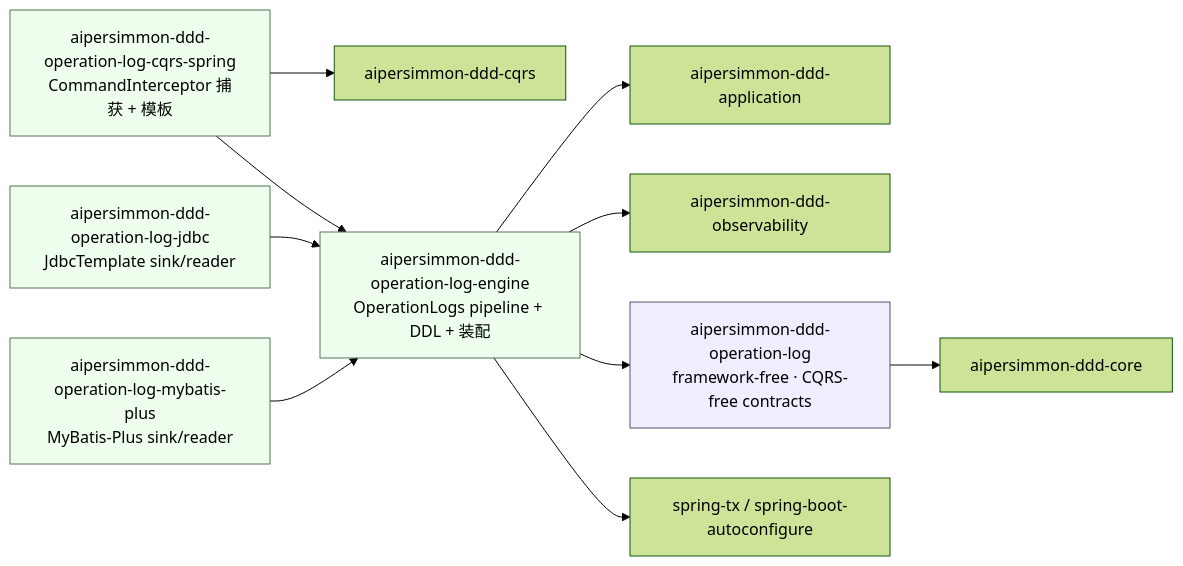
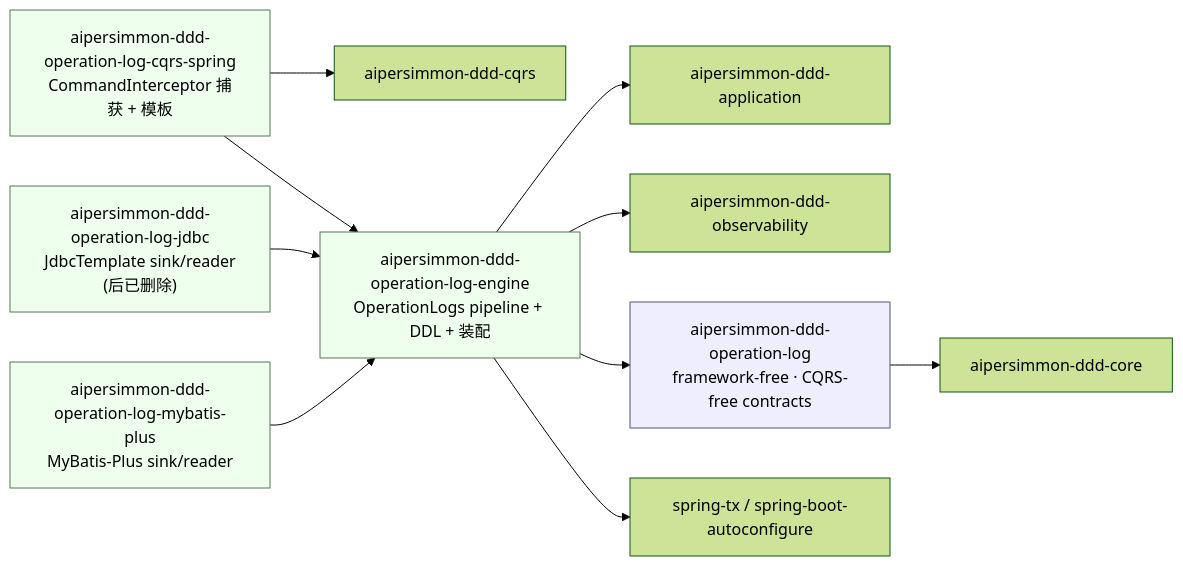
The first of 2 diagrams in docs/design/design-00008-operation-log-component.md (ryan-alexander-zhang/ai-native-project-template), drawn with Mermaid (forest theme) before and after one commit. The commit also changed other lines of this file and 375 other files, not shown here.

````diff
--- a/docs/design/design-00008-operation-log-component.md
+++ b/docs/design/design-00008-operation-log-component.md
@@ -73,34 +73,34 @@
 ```mermaid
 flowchart LR
   core["aipersimmon-ddd-core"]
   cqrs["aipersimmon-ddd-cqrs"]
   application["aipersimmon-ddd-application"]
   observability["aipersimmon-ddd-observability"]
 
   ol["aipersimmon-ddd-operation-log<br/>framework-free · CQRS-free contracts"]
   eng["aipersimmon-ddd-operation-log-engine<br/>OperationLogs pipeline + DDL + 装配"]
   olcs["aipersimmon-ddd-operation-log-cqrs-spring<br/>CommandInterceptor 捕获 + 模板"]
-  oljdbc["aipersimmon-ddd-operation-log-jdbc<br/>JdbcTemplate sink/reader"]
+  oljdbc["aipersimmon-ddd-operation-log-jdbc<br/>JdbcTemplate sink/reader<br/>(后已删除)"]
   olmp["aipersimmon-ddd-operation-log-mybatis-plus<br/>MyBatis-Plus sink/reader"]
 
   springTx["spring-tx / spring-boot-autoconfigure"]
 
   ol --> core
 
   eng --> ol
   eng --> application
   eng --> observability
   eng --> springTx
 
   olcs --> eng
   olcs --> cqrs
 
   oljdbc --> eng
   olmp --> eng
 
   style ol fill:#eef,stroke:#557
   style eng fill:#efe,stroke:#575
   style olcs fill:#efe,stroke:#575
   style oljdbc fill:#efe,stroke:#575
   style olmp fill:#efe,stroke:#575
 ```
````
